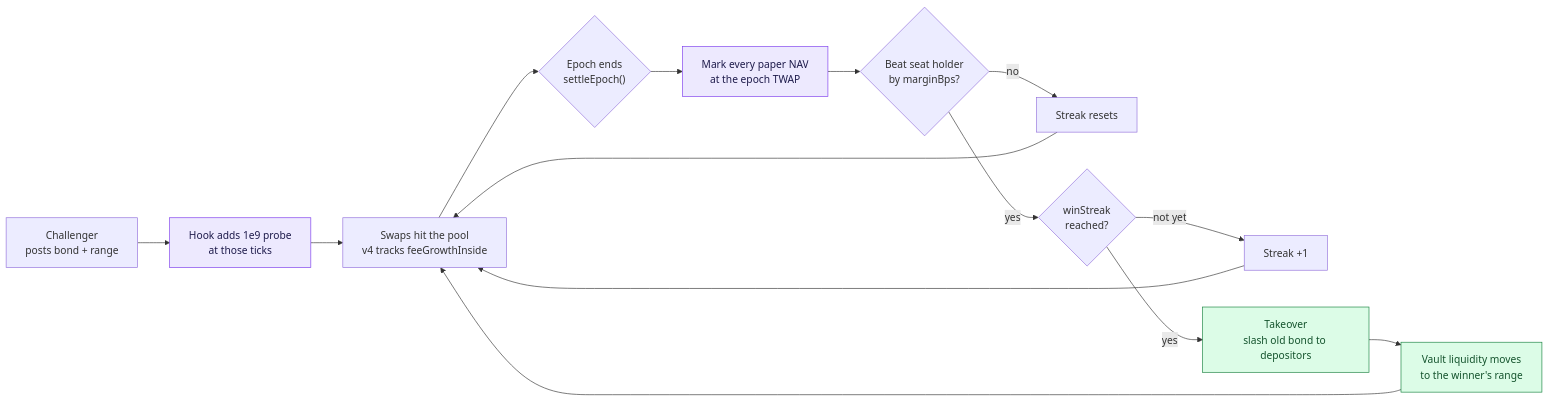
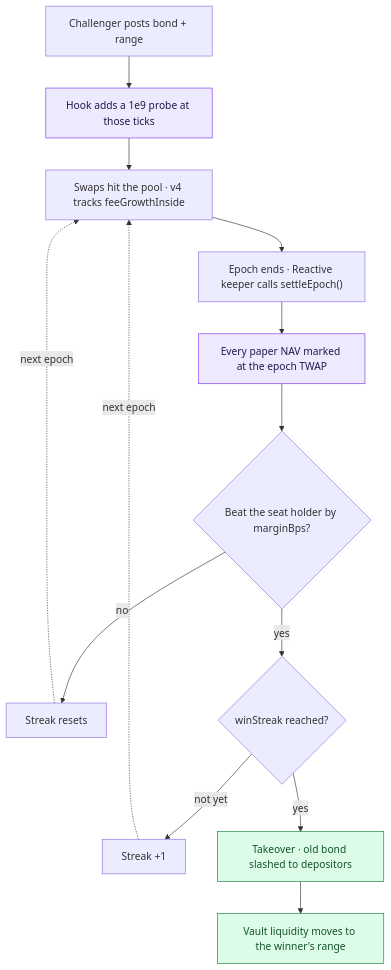
One commit to debojyoti10CC/oorka changed the first of 4 diagrams in README.md. Above: the diagram before and after it, drawn with Mermaid. The commit also changed other lines of this file, not shown here.

Commit message:
README: vertical layouts for the epoch flow and market-regime diagrams

````diff
--- a/README.md
+++ b/README.md
@@ -40,21 +40,20 @@
 ```mermaid
-flowchart LR
-    A["Challenger<br/>posts bond + range"] --> B["Hook adds 1e9 probe<br/>at those ticks"]
-    B --> C["Swaps hit the pool<br/>v4 tracks feeGrowthInside"]
-    C --> D{"Epoch ends<br/>settleEpoch()"}
-    D --> E["Mark every paper NAV<br/>at the epoch TWAP"]
-    E --> F{"Beat seat holder<br/>by marginBps?"}
+flowchart TB
+    A["Challenger posts bond + range"] --> B["Hook adds a 1e9 probe at those ticks"]
+    B --> C["Swaps hit the pool · v4 tracks feeGrowthInside"]
+    C --> D["Epoch ends · Reactive keeper calls settleEpoch()"]
+    D --> E["Every paper NAV marked at the epoch TWAP"]
+    E --> F{"Beat the seat holder by marginBps?"}
     F -- "no" --> G["Streak resets"]
-    F -- "yes" --> H{"winStreak<br/>reached?"}
+    F -- "yes" --> H{"winStreak reached?"}
     H -- "not yet" --> I["Streak +1"]
-    H -- "yes" --> J["Takeover<br/>slash old bond to depositors"]
-    J --> K["Vault liquidity moves<br/>to the winner's range"]
-    G --> C
-    I --> C
-    K --> C
+    H -- "yes" --> J["Takeover · old bond slashed to depositors"]
+    J --> K["Vault liquidity moves to the winner's range"]
+    G -. next epoch .-> C
+    I -. next epoch .-> C
 
     classDef hook fill:#ede9fe,stroke:#7c3aed,color:#1e1b4b
     classDef win fill:#dcfce7,stroke:#15803d,color:#14532d
     class B,E hook
     class J,K win
 ```
````
